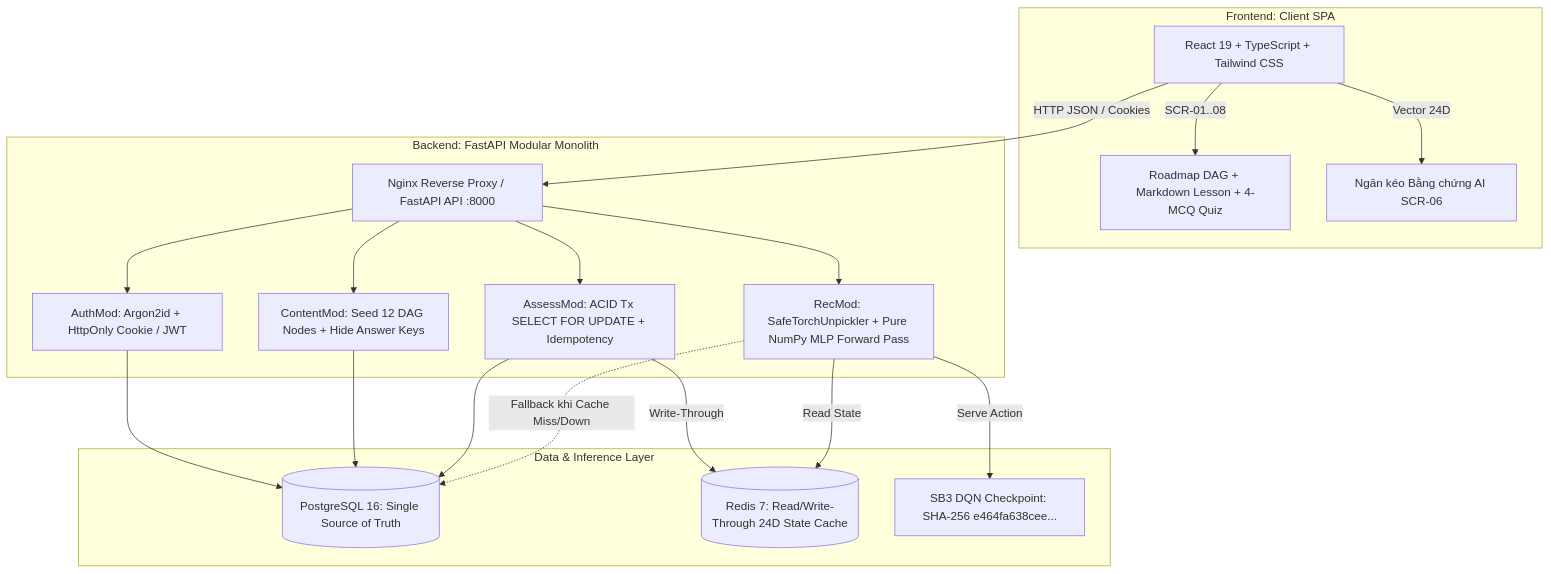
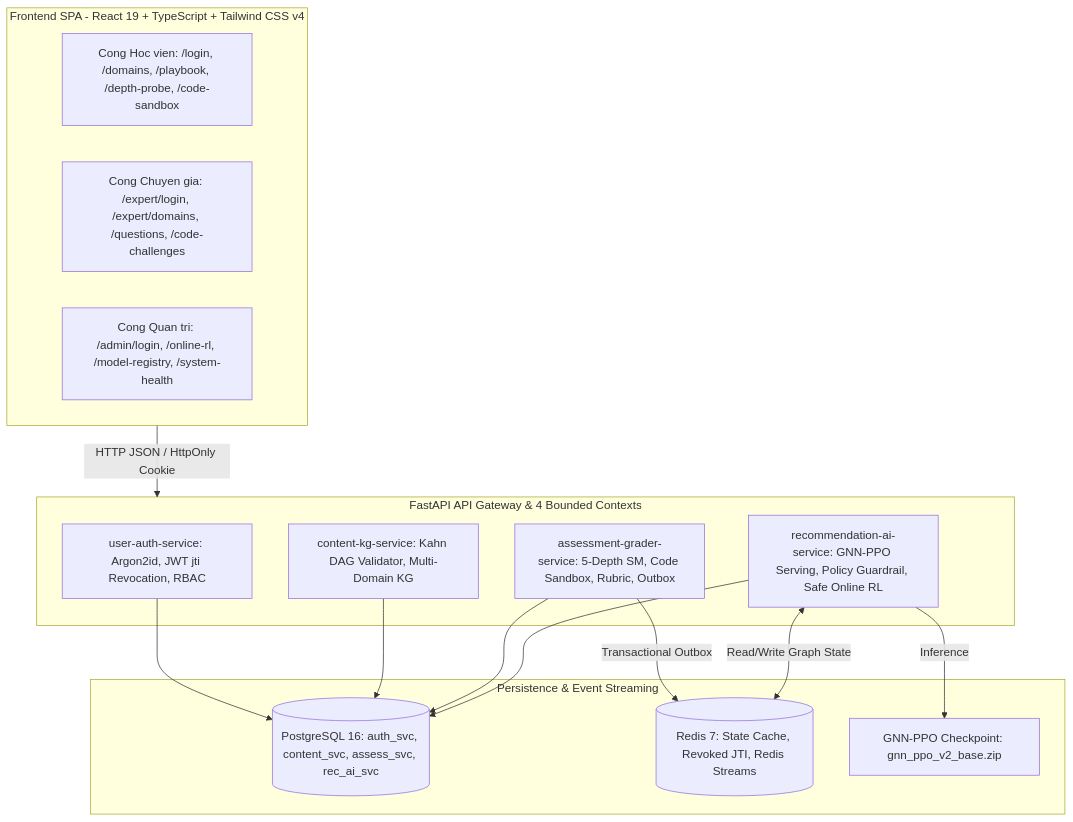
Before and after one commit to diepvanhieu25-tech/plumora: the diagram in README.md, drawn with Mermaid. The commit also changed other lines of this file and 1 other file, not shown here.

````diff
--- a/README.md
+++ b/README.md
@@ -27,30 +37,27 @@
 ```mermaid
 flowchart TD
-    subgraph Frontend: Client SPA
-        UI[React 19 + TypeScript + Tailwind CSS]
-        UI -->|SCR-01..08| View[Roadmap DAG + Markdown Lesson + 4-MCQ Quiz]
-        UI -->|Vector 24D| Drawer[Ngăn kéo Bằng chứng AI SCR-06]
+    subgraph Client_SPA [Frontend SPA - React 19 + TypeScript + Tailwind CSS v4]
+        L[Cong Hoc vien: /login, /domains, /playbook, /depth-probe, /code-sandbox]
+        E[Cong Chuyen gia: /expert/login, /expert/domains, /questions, /code-challenges]
+        A[Cong Quan tri: /admin/login, /online-rl, /model-registry, /system-health]
     end
 
-    subgraph Backend: FastAPI Modular Monolith
-        GW[Nginx Reverse Proxy / FastAPI API :8000]
-        Auth[AuthMod: Argon2id + HttpOnly Cookie / JWT]
-        Content[ContentMod: Seed 12 DAG Nodes + Hide Answer Keys]
-        Assess[AssessMod: ACID Tx SELECT FOR UPDATE + Idempotency]
-        Rec[RecMod: SafeTorchUnpickler + Pure NumPy MLP Forward Pass]
+    subgraph Backend_Platform [FastAPI API Gateway & 4 Bounded Contexts]
+        Auth[user-auth-service: Argon2id, JWT jti Revocation, RBAC]
+        Content[content-kg-service: Kahn DAG Validator, Multi-Domain KG]
+        Assess[assessment-grader-service: 5-Depth SM, Code Sandbox, Rubric, Outbox]
+        Rec[recommendation-ai-service: GNN-PPO Serving, Policy Guardrail, Safe Online RL]
     end
 
-    subgraph Data & Inference Layer
-        PG[(PostgreSQL 16: Single Source of Truth)]
-        RD[(Redis 7: Read/Write-Through 24D State Cache)]
-        DQN[SB3 DQN Checkpoint: SHA-256 e464fa638cee...]
+    subgraph Data_Bus [Persistence & Event Streaming]
+        PG[(PostgreSQL 16: auth_svc, content_svc, assess_svc, rec_ai_svc)]
+        RD[(Redis 7: State Cache, Revoked JTI, Redis Streams)]
+        CKPT[GNN-PPO Checkpoint: gnn_ppo_v2_base.zip]
     end
 
-    UI -->|HTTP JSON / Cookies| GW
-    GW --> Auth & Content & Assess & Rec
-    Auth & Content & Assess --> PG
-    Assess -->|Write-Through| RD
-    Rec -->|Read State| RD
-    Rec -.->|Fallback khi Cache Miss/Down| PG
-    Rec -->|Serve Action| DQN
+    Client_SPA -->|HTTP JSON / HttpOnly Cookie| Backend_Platform
+    Auth & Content & Assess & Rec --> PG
+    Assess -->|Transactional Outbox| RD
+    Rec <-->|Read/Write Graph State| RD
+    Rec -->|Inference| CKPT
 ```
````
